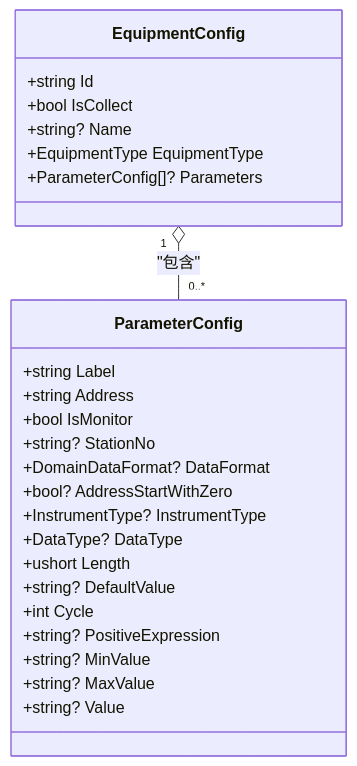
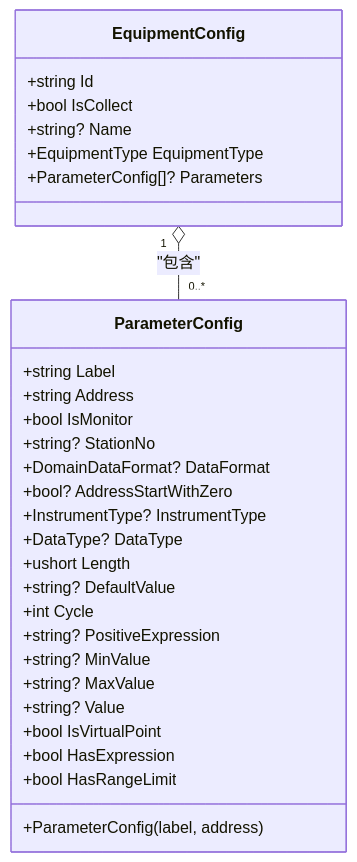
One commit to whitemousetl/IndustrialDataSolution changed the third of 7 diagrams in .qoder/repowiki/zh/content/领域模型设计/参数配置模型.md. Above: the diagram before and after it, drawn with Mermaid. The commit also changed other lines of this file and 18 other files, not shown here.

````diff
--- a/.qoder/repowiki/zh/content/领域模型设计/参数配置模型.md
+++ b/.qoder/repowiki/zh/content/领域模型设计/参数配置模型.md
@@ -217,28 +228,32 @@
 ```mermaid
 classDiagram
 class EquipmentConfig {
 +string Id
 +bool IsCollect
 +string? Name
 +EquipmentType EquipmentType
 +ParameterConfig[]? Parameters
 }
 class ParameterConfig {
 +string Label
 +string Address
 +bool IsMonitor
 +string? StationNo
 +DomainDataFormat? DataFormat
 +bool? AddressStartWithZero
 +InstrumentType? InstrumentType
 +DataType? DataType
 +ushort Length
 +string? DefaultValue
 +int Cycle
 +string? PositiveExpression
 +string? MinValue
 +string? MaxValue
 +string? Value
++ParameterConfig(label, address)
++bool IsVirtualPoint
++bool HasExpression
++bool HasRangeLimit
 }
 EquipmentConfig "1" o-- "0..*" ParameterConfig : "包含"
 ```
````
